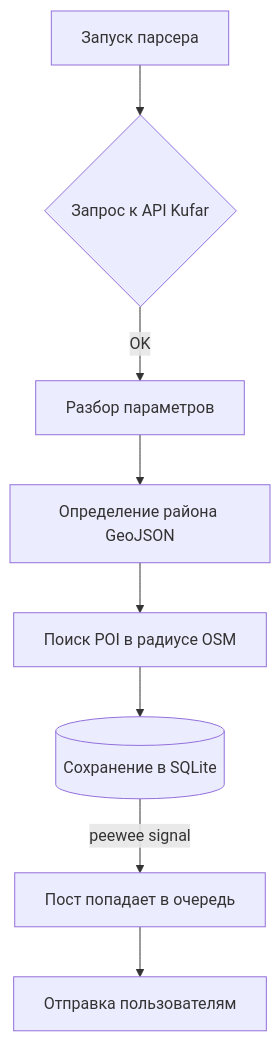
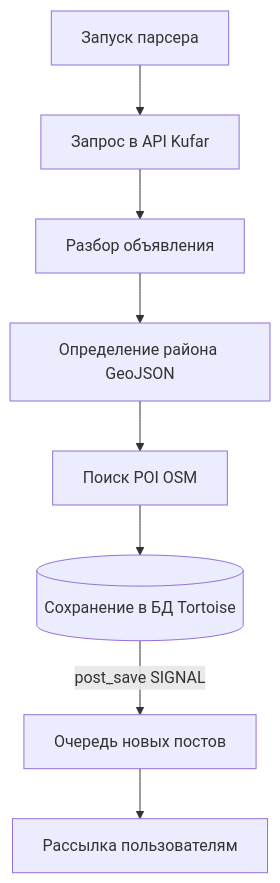
The third of 3 diagrams in README.md (Mazavinka/BelHomeFinder), drawn with Mermaid before and after one commit. The commit also changed other lines of this file and 3 other files, not shown here.

````diff
--- a/README.md
+++ b/README.md
@@ -100,11 +115,11 @@
 ```mermaid
 flowchart TD
-    A1[Запуск парсера] --> B1{Запрос к API Kufar}
-    B1 -->|OK| C1[Разбор параметров]
+    A1[Запуск парсера] --> B1[Запрос в API Kufar]
+    B1 --> C1[Разбор объявления]
     C1 --> D1[Определение района GeoJSON]
-    D1 --> E1[Поиск POI в радиусе OSM]
-    E1 --> F1[(Сохранение в SQLite)]
+    D1 --> E1[Поиск POI OSM]
+    E1 --> F1[(Сохранение в БД Tortoise)]
 
-    F1 -->|peewee signal| G1[Пост попадает в очередь]
-    G1 --> H1[Отправка пользователям]
+    F1 -->|post_save SIGNAL| G1[Очередь новых постов]
+    G1 --> H1[Рассылка пользователям]
 ```
````
